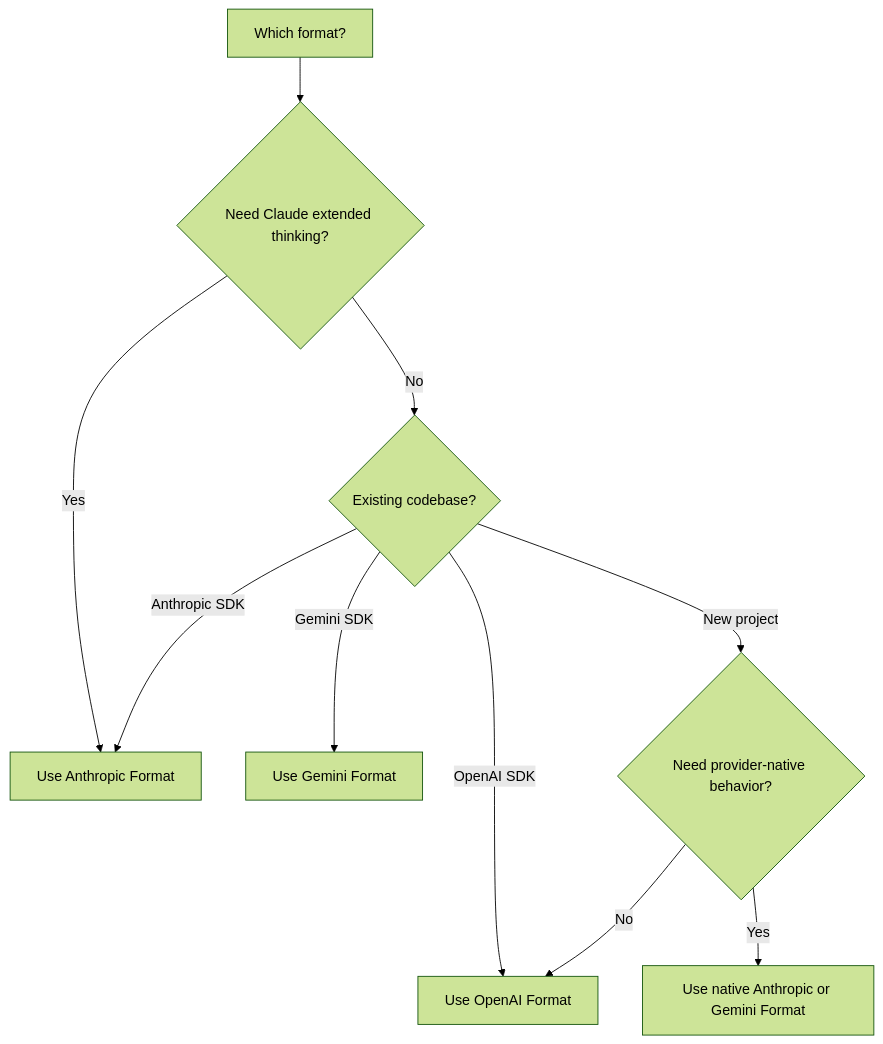
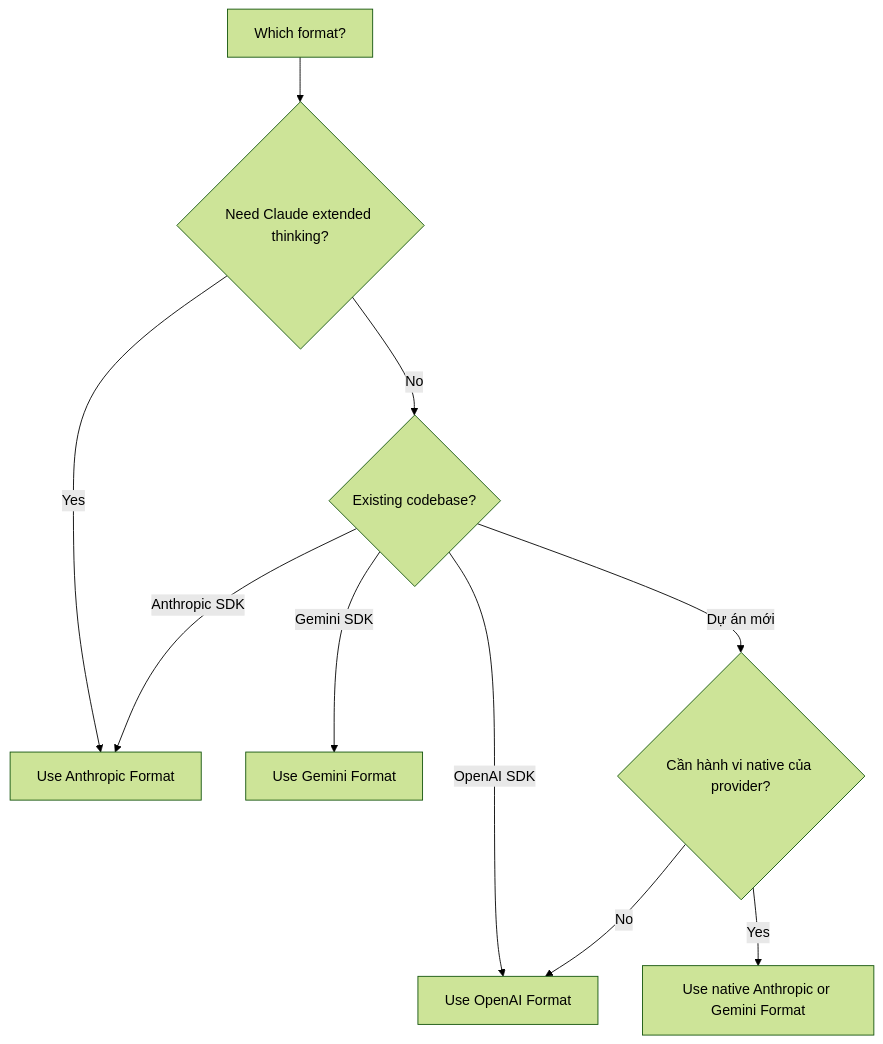
Before and after one commit to hedging8563/lemondata-docs: the diagram in vi/guides/api-formats.mdx, drawn with Mermaid (forest theme). The commit also changed 390 other files, not shown here.

````diff
--- a/vi/guides/api-formats.mdx
+++ b/vi/guides/api-formats.mdx
@@ -171,12 +171,12 @@
 ```mermaid
 graph TD
     A[Which format?] --> B{Need Claude extended thinking?}
     B -->|Yes| C[Use Anthropic Format]
     B -->|No| D{Existing codebase?}
     D -->|OpenAI SDK| E[Use OpenAI Format]
     D -->|Anthropic SDK| C
     D -->|Gemini SDK| F[Use Gemini Format]
-    D -->|New project| G{Need provider-native behavior?}
+    D -->|Dự án mới| G{Cần hành vi native của provider?}
     G -->|Yes| H[Use native Anthropic or Gemini Format]
     G -->|No| E
 ```
````
